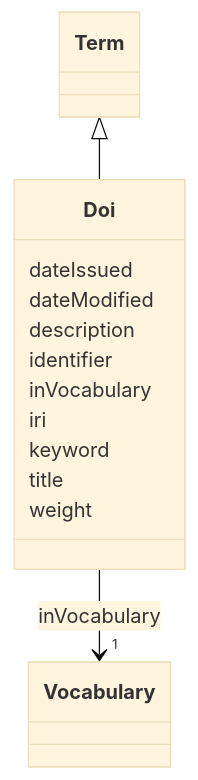
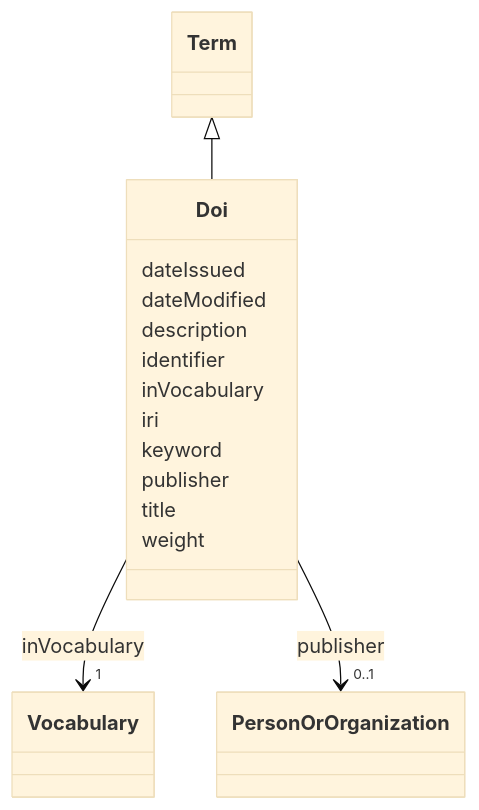
Before and after one commit to EVORA-project/evora-ontology: the diagram in models/docs/Doi.md, drawn with Mermaid (base theme). The commit also changed other lines of this file and 468 other files, not shown here.

````diff
--- a/models/docs/Doi.md
+++ b/models/docs/Doi.md
@@ -19,34 +19,43 @@
 ```mermaid
  classDiagram
     class Doi
     click Doi href "../Doi"
       Term <|-- Doi
         click Term href "../Term"
       
       Doi : dateIssued
         
       Doi : dateModified
         
       Doi : description
         
       Doi : identifier
         
       Doi : inVocabulary
         
           
     
     
     Doi --> "1" Vocabulary : inVocabulary
     click Vocabulary href "../Vocabulary"
 
         
       Doi : iri
         
       Doi : keyword
         
+      Doi : publisher
+        
+          
+    
+    
+    Doi --> "0..1" PersonOrOrganization : publisher
+    click PersonOrOrganization href "../PersonOrOrganization"
+
+        
       Doi : title
         
       Doi : weight
         
       
 ```
````
